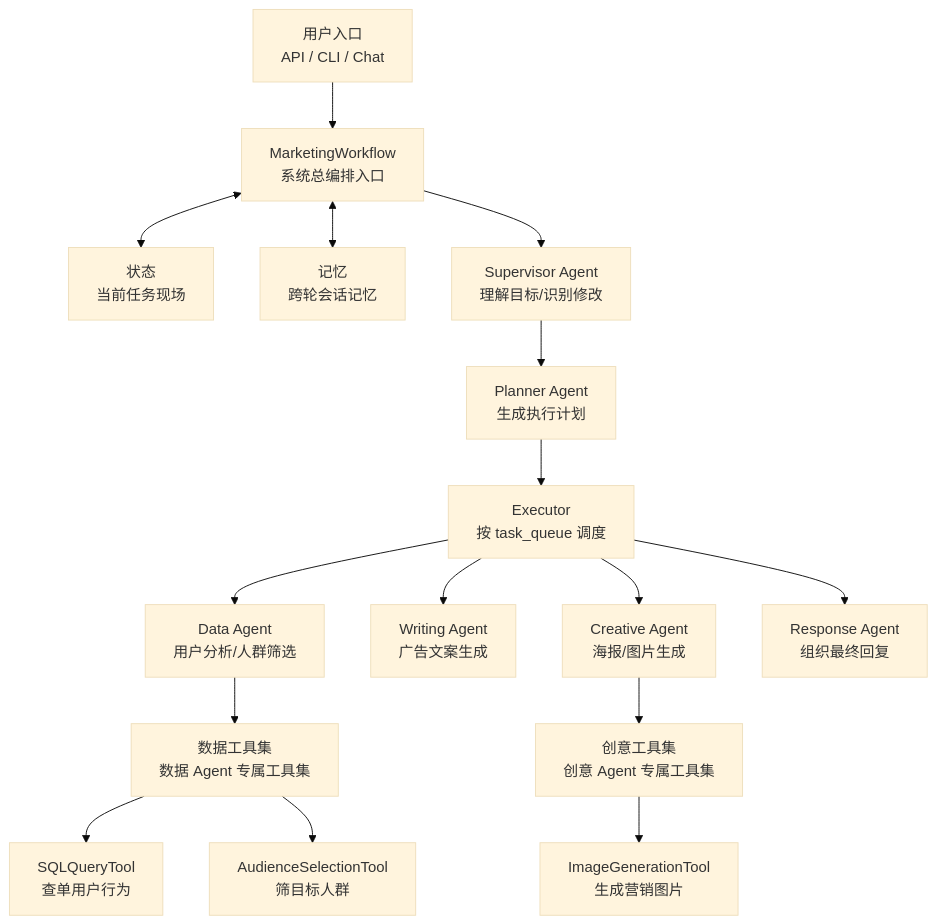
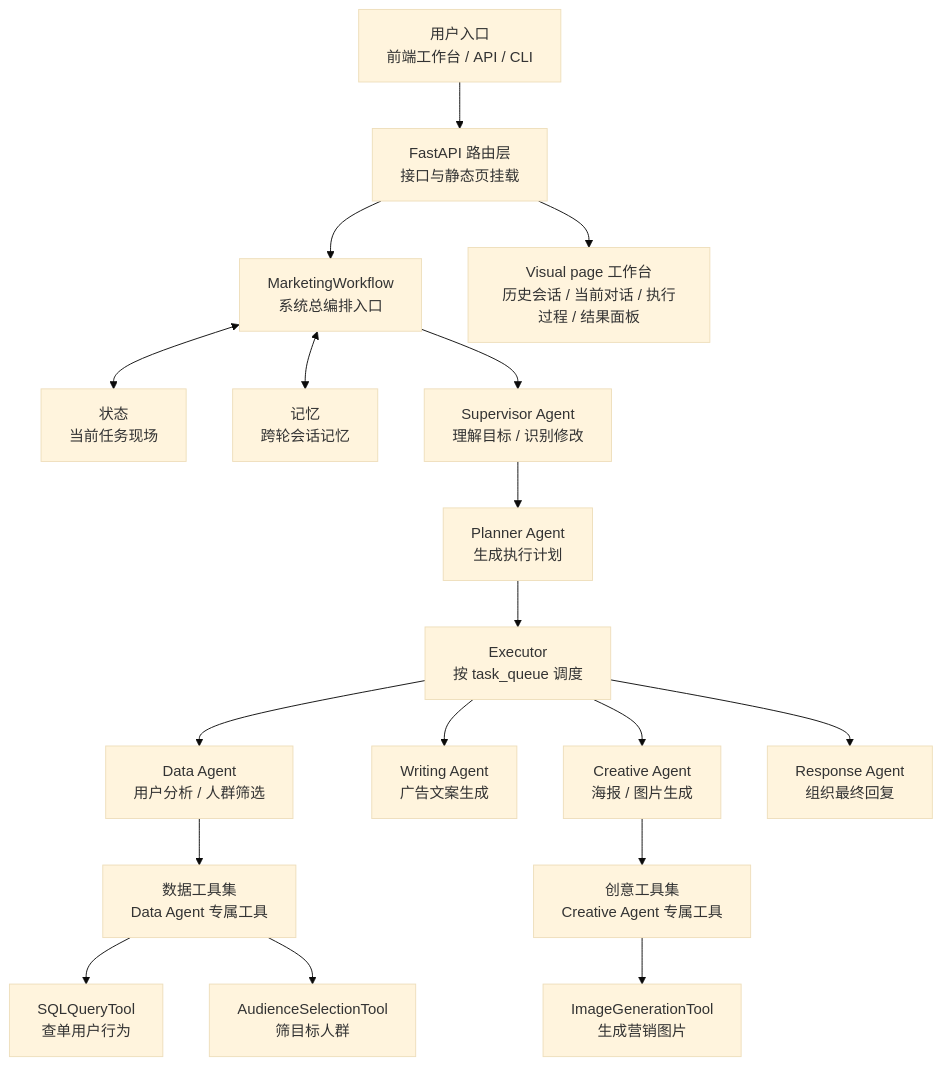
One commit to zhouyulin123/Ecommerce-Agent changed the diagram in README.md. Above: the diagram before and after it, drawn with Mermaid (base theme). The commit also changed other lines of this file, not shown here.

````diff
--- a/README.md
+++ b/README.md
@@ -22,23 +35,26 @@
 ```mermaid
 flowchart TD
-    UI[用户入口<br/>API / CLI / Chat] --> WF[MarketingWorkflow<br/>系统总编排入口]
+    UI[用户入口<br/>前端工作台 / API / CLI] --> API[FastAPI 路由层<br/>接口与静态页挂载]
+    API --> WF[MarketingWorkflow<br/>系统总编排入口]
 
     WF <--> ST[状态<br/>当前任务现场]
     WF <--> MEM[记忆<br/>跨轮会话记忆]
 
-    WF --> SA[Supervisor Agent<br/>理解目标/识别修改]
+    WF --> SA[Supervisor Agent<br/>理解目标 / 识别修改]
     SA --> PL[Planner Agent<br/>生成执行计划]
     PL --> EX[Executor<br/>按 task_queue 调度]
 
-    EX --> DA[Data Agent<br/>用户分析/人群筛选]
+    EX --> DA[Data Agent<br/>用户分析 / 人群筛选]
     EX --> WA[Writing Agent<br/>广告文案生成]
-    EX --> CA[Creative Agent<br/>海报/图片生成]
+    EX --> CA[Creative Agent<br/>海报 / 图片生成]
     EX --> RA[Response Agent<br/>组织最终回复]
 
-    DA --> DT[数据工具集<br/>数据 Agent 专属工具集]
-    CA --> CT[创意工具集<br/>创意 Agent 专属工具集]
+    DA --> DT[数据工具集<br/>Data Agent 专属工具]
+    CA --> CT[创意工具集<br/>Creative Agent 专属工具]
 
     DT --> SQL[SQLQueryTool<br/>查单用户行为]
     DT --> AUD[AudienceSelectionTool<br/>筛目标人群]
     CT --> IMG[ImageGenerationTool<br/>生成营销图片]
+
+    API --> WB[Visual page 工作台<br/>历史会话 / 当前对话 / 执行过程 / 结果面板]
 ```
````
